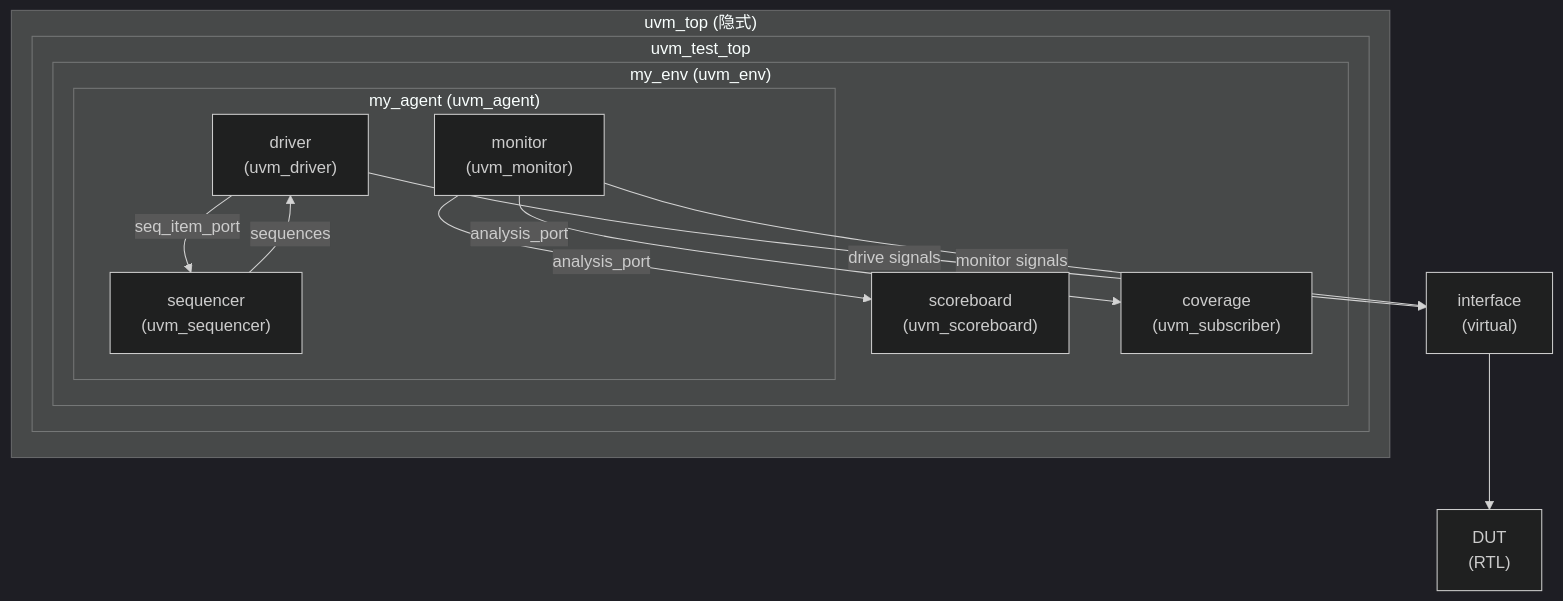
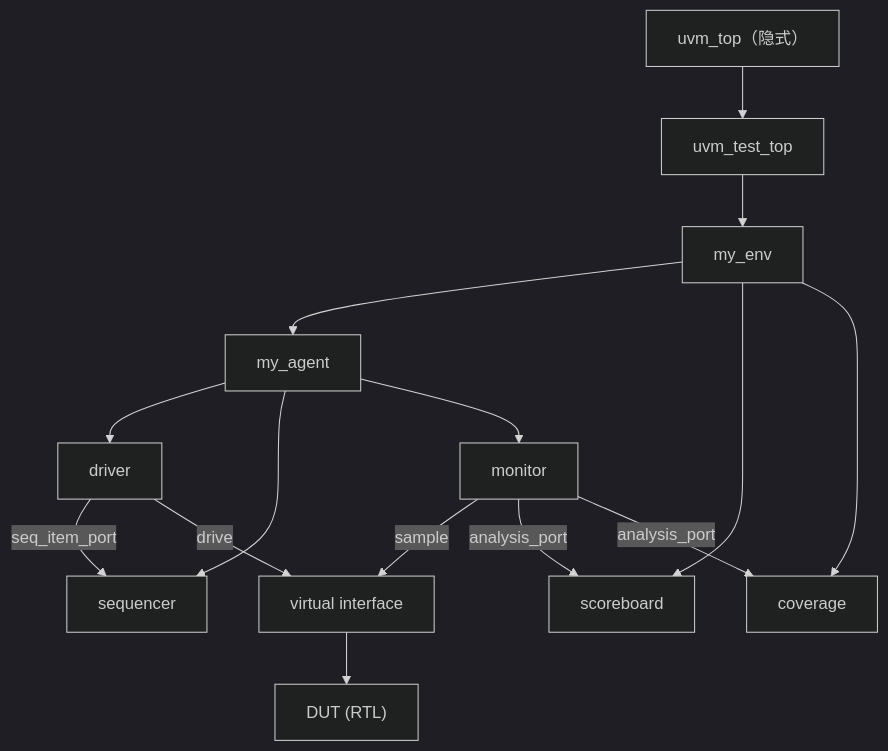
Before and after one commit to muyuzhang29-oss/obsidian-knowledge-base: the first of 6 diagrams in 02-UVM/04-组件.md, drawn with Mermaid (dark theme). The commit also changed other lines of this file and 194 other files, not shown here.

````diff
--- a/02-UVM/04-组件.md
+++ b/02-UVM/04-组件.md
@@ -13,28 +13,29 @@
 ```mermaid
-graph TB
-    subgraph UVM_Top["uvm_top (隐式)"]
-        subgraph Test["uvm_test_top"]
-            subgraph Env["my_env (uvm_env)"]
-                subgraph Agent["my_agent (uvm_agent)"]
-                    Driver["driver<br/>(uvm_driver)"]
-                    Sequencer["sequencer<br/>(uvm_sequencer)"]
-                    Monitor["monitor<br/>(uvm_monitor)"]
-                end
-                SB["scoreboard<br/>(uvm_scoreboard)"]
-                Cov["coverage<br/>(uvm_subscriber)"]
-            end
-        end
-    end
+flowchart TB
+  top["uvm_top（隐式）"]
+  test["uvm_test_top"]
+  env["my_env"]
+  agent["my_agent"]
+  drv["driver"]
+  sqr["sequencer"]
+  mon["monitor"]
+  sb["scoreboard"]
+  cov["coverage"]
+  intf["virtual interface"]
+  dut["DUT (RTL)"]
 
-    DUT["DUT<br/>(RTL)"]
-    IF["interface<br/>(virtual)"]
+  top --> test --> env
+  env --> agent
+  env --> sb
+  env --> cov
+  agent --> drv
+  agent --> sqr
+  agent --> mon
 
-    Driver -->|"seq_item_port"| Sequencer
-    Driver -->|"drive signals"| IF
-    Monitor -->|"monitor signals"| IF
-    Monitor -->|"analysis_port"| SB
-    Monitor -->|"analysis_port"| Cov
-    Sequencer -->|"sequences"| Driver
-
-    IF --> DUT
+  drv -->|seq_item_port| sqr
+  drv -->|drive| intf
+  mon -->|sample| intf
+  mon -->|analysis_port| sb
+  mon -->|analysis_port| cov
+  intf --> dut
 ```
````
